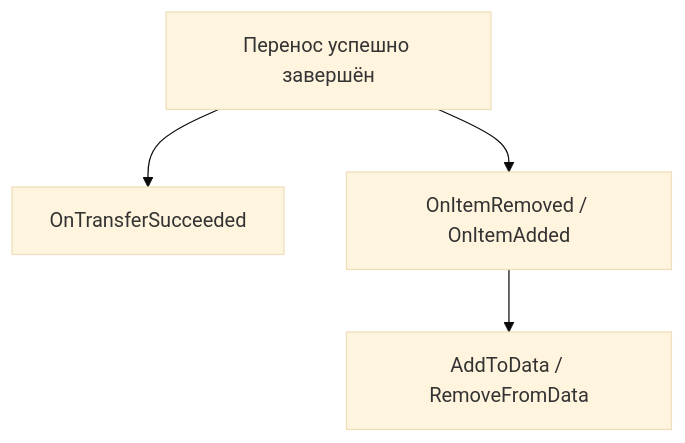
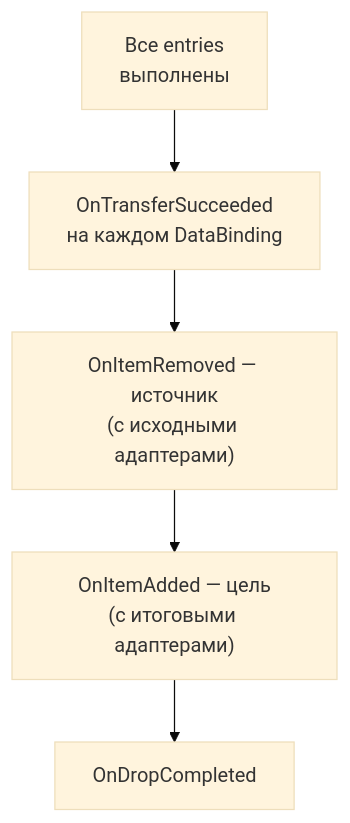
One commit to SergeevSergey99/DragAndDropSystem-Docs changed the fifth of 7 diagrams in .docs/content/architecture/transfer-pipeline.md. Above: the diagram before and after it, drawn with Mermaid (base theme). The commit also changed other lines of this file and 3 other files, not shown here.

````diff
--- a/.docs/content/architecture/transfer-pipeline.md
+++ b/.docs/content/architecture/transfer-pipeline.md
@@ -104,6 +121,7 @@
 ```mermaid
 flowchart TD
-    A["Перенос успешно завершён"] --> B["OnTransferSucceeded"]
-    A --> C["OnItemRemoved / OnItemAdded"]
-    C --> D["AddToData / RemoveFromData"]
+    A["Все entries\nвыполнены"] --> B["OnTransferSucceeded\nна каждом DataBinding"]
+    B --> C["OnItemRemoved — источник\n(с исходными адаптерами)"]
+    C --> D["OnItemAdded — цель\n(с итоговыми адаптерами)"]
+    D --> E["OnDropCompleted"]
 ```
````
